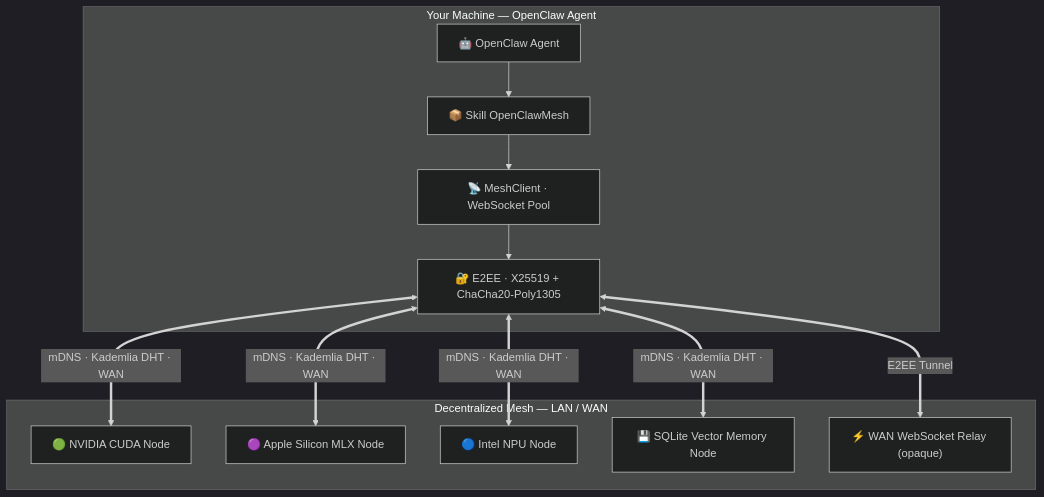
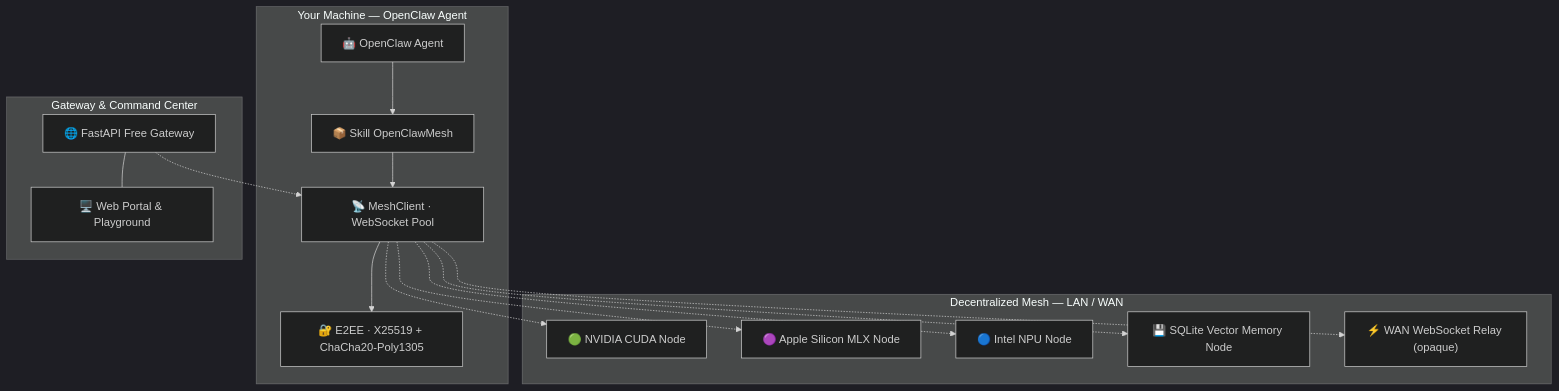
One commit to samajesteduroyaume/OpenClawMesh changed the diagram in README.md. Above: the diagram before and after it, drawn with Mermaid (dark theme). The commit also changed other lines of this file and 38 other files, not shown here.

Commit message:
feat: major architecture upgrade - P2P ICE, Gossip metrics, DHT persistence, MoE tensor pipeline, Semantic KV-Cache, Web Graph Dashboard, Chat Playground, OpenAPI tools, and Client SDKs

````diff
--- a/README.md
+++ b/README.md
@@ -81,24 +80,31 @@
 ```mermaid
 graph TD
     subgraph "Your Machine — OpenClaw Agent"
         OC["🤖 OpenClaw Agent"]
         SKILL["📦 Skill OpenClawMesh"]
         Client["📡 MeshClient · WebSocket Pool"]
         E2EE["🔐 E2EE · X25519 + ChaCha20-Poly1305"]
         OC --> SKILL --> Client --> E2EE
     end
 
     subgraph "Decentralized Mesh — LAN / WAN"
         N1["🟢 NVIDIA CUDA Node"]
         N2["🟣 Apple Silicon MLX Node"]
         N3["🔵 Intel NPU Node"]
         N4["💾 SQLite Vector Memory Node"]
         R["⚡ WAN WebSocket Relay (opaque)"]
     end
 
-    E2EE <== "mDNS · Kademlia DHT · WAN" ==> N1
-    E2EE <== "mDNS · Kademlia DHT · WAN" ==> N2
-    E2EE <== "mDNS · Kademlia DHT · WAN" ==> N3
-    E2EE <== "mDNS · Kademlia DHT · WAN" ==> N4
-    E2EE <== "E2EE Tunnel" ==> R
+    subgraph "Gateway & Command Center"
+        GW["🌐 FastAPI Free Gateway"]
+        UI["🖥️ Web Portal & Playground"]
+        GW --- UI
+    end
+
+    Client -.-> N1
+    Client -.-> N2
+    Client -.-> N3
+    Client -.-> N4
+    Client -.-> R
+    GW -.-> Client
 ```
````
